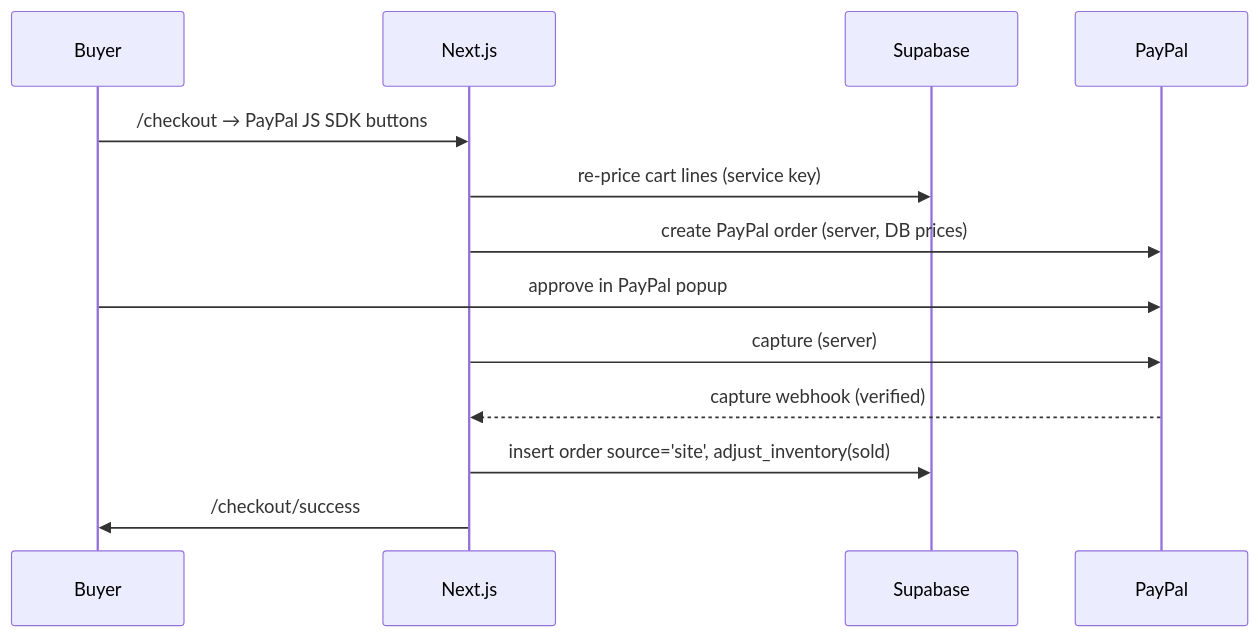
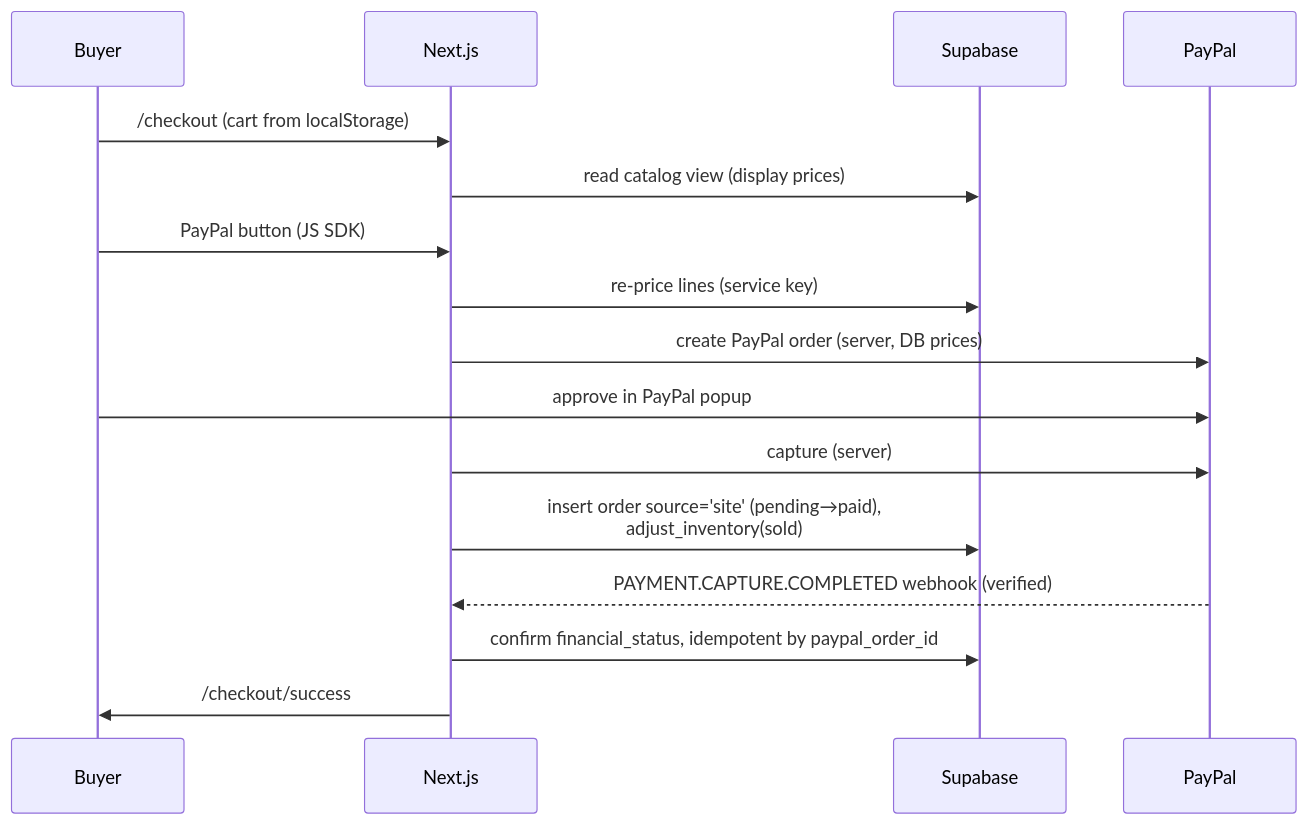
Before and after one commit to CharlesChi715/goldrose-storefront: the second of 2 diagrams in docs/admin-design.md, drawn with Mermaid. The commit also changed other lines of this file and 2 other files, not shown here.

````diff
--- a/docs/admin-design.md
+++ b/docs/admin-design.md
@@ -381,15 +297,18 @@
 ```mermaid
 sequenceDiagram
   participant B as Buyer
   participant N as Next.js
   participant DB as Supabase
   participant P as PayPal
-  B->>N: /checkout → PayPal JS SDK buttons
-  N->>DB: re-price cart lines (service key)
+  B->>N: /checkout (cart from localStorage)
+  N->>DB: read catalog view (display prices)
+  B->>N: PayPal button (JS SDK)
+  N->>DB: re-price lines (service key)
   N->>P: create PayPal order (server, DB prices)
   B->>P: approve in PayPal popup
   N->>P: capture (server)
-  P-->>N: capture webhook (verified)
-  N->>DB: insert order source='site', adjust_inventory(sold)
+  N->>DB: insert order source='site' (pending→paid),<br/>adjust_inventory(sold)
+  P-->>N: PAYMENT.CAPTURE.COMPLETED webhook (verified)
+  N->>DB: confirm financial_status, idempotent by paypal_order_id
   N->>B: /checkout/success
 ```
````
